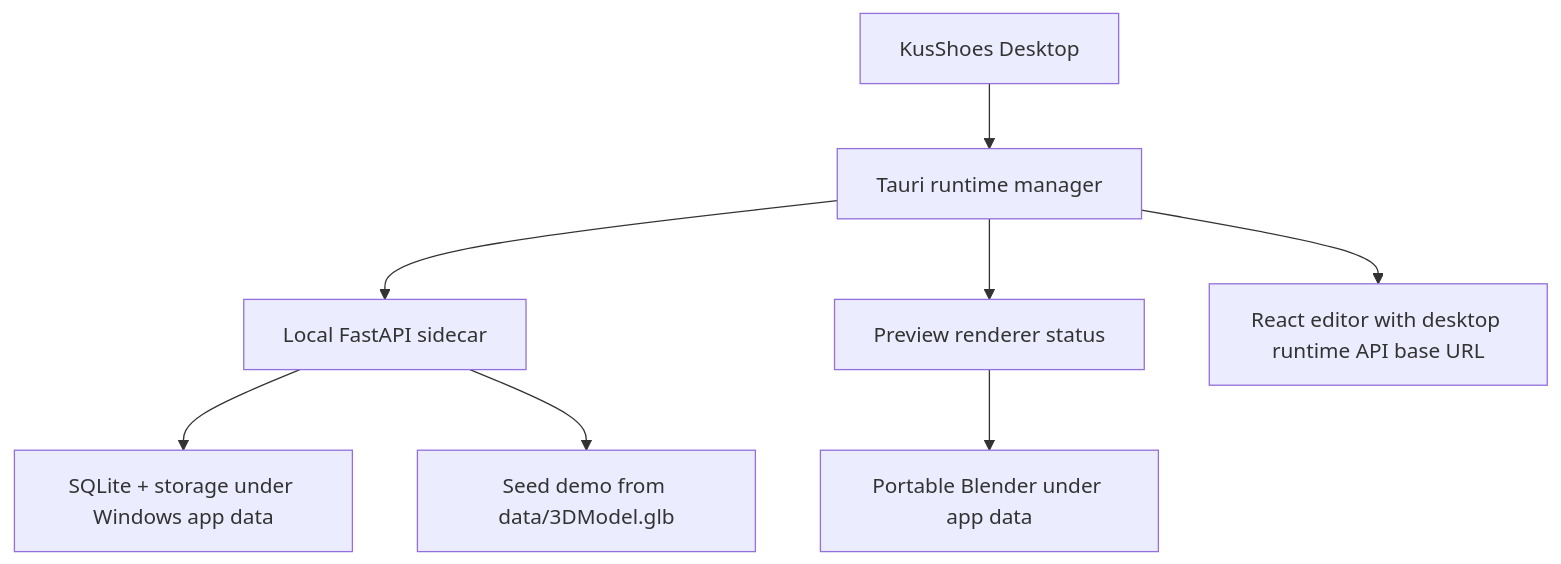
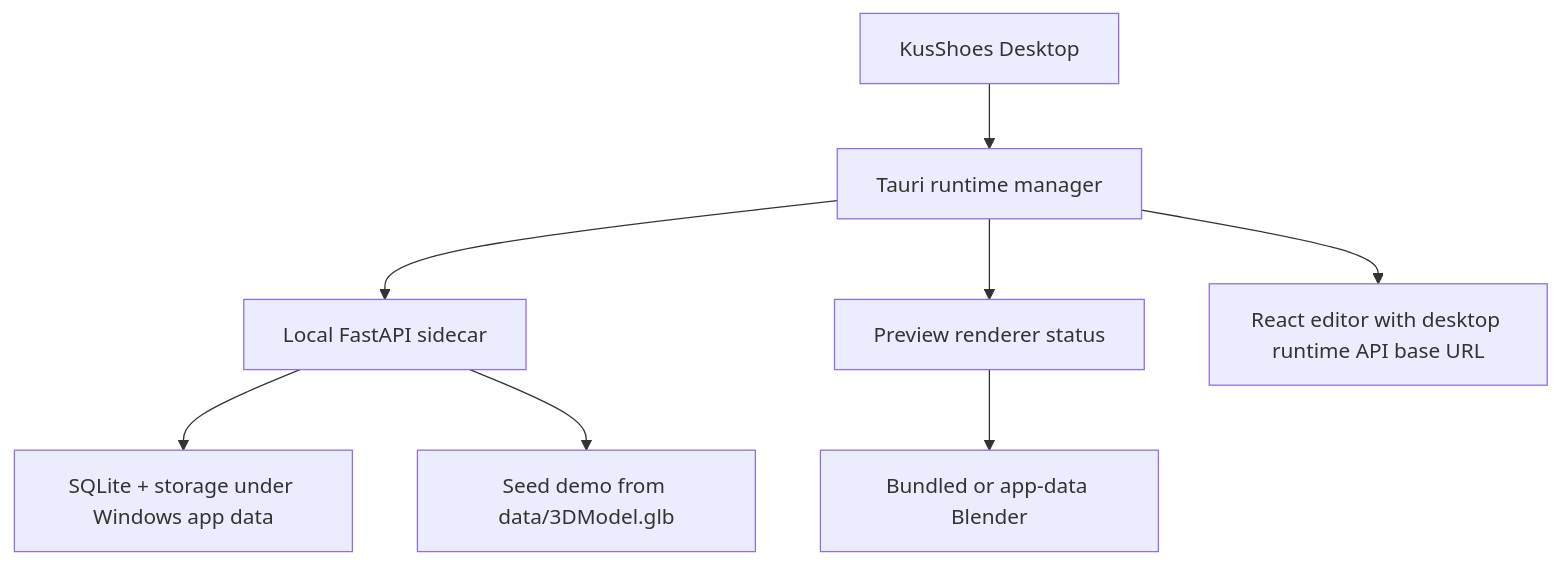
Before and after one commit to EXE-CAPSTONE-TEAM/ar-ai-exe: the diagram in desktop/README.md, drawn with Mermaid. The commit also changed other lines of this file and 14 other files, not shown here.

````diff
--- a/desktop/README.md
+++ b/desktop/README.md
@@ -16,10 +16,10 @@
 ```mermaid
 flowchart TD
     A["KusShoes Desktop"] --> B["Tauri runtime manager"]
     B --> C["Local FastAPI sidecar"]
     C --> D["SQLite + storage under Windows app data"]
     C --> E["Seed demo from data/3DModel.glb"]
     B --> F["Preview renderer status"]
-    F --> G["Portable Blender under app data"]
+    F --> G["Bundled or app-data Blender"]
     B --> H["React editor with desktop runtime API base URL"]
 ```
````
